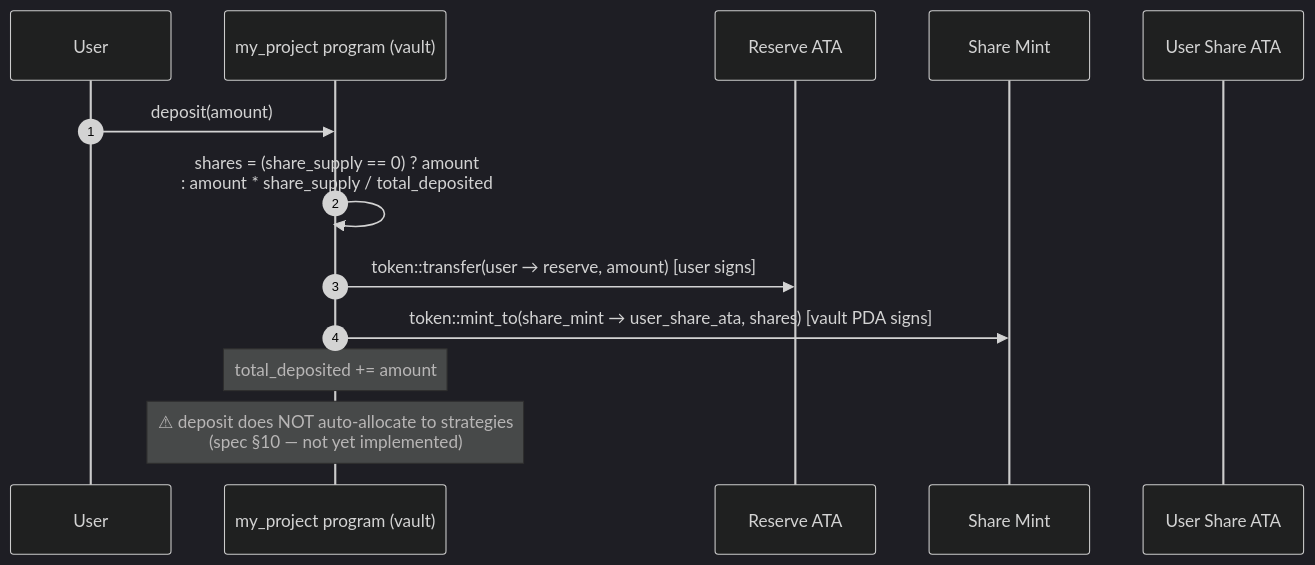
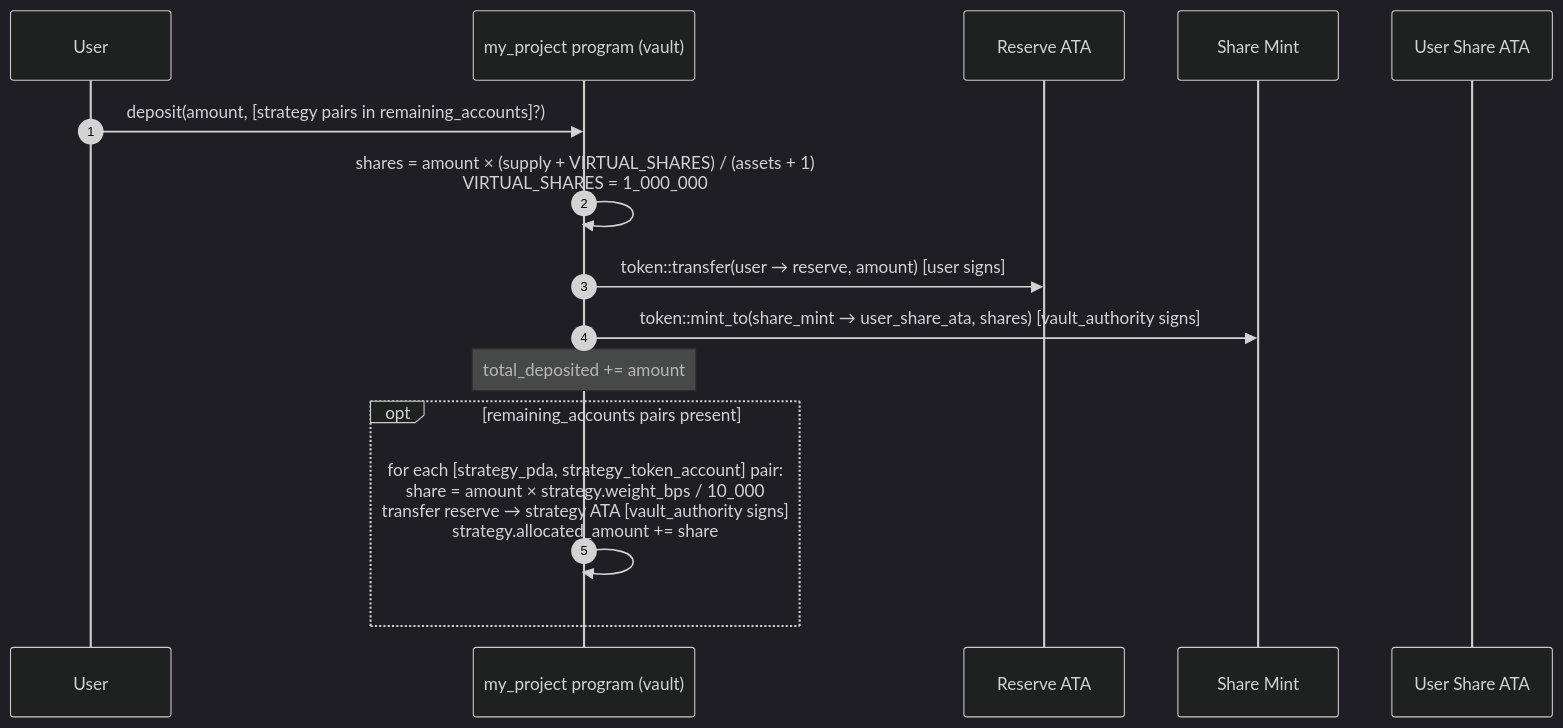
The fourth of 8 diagrams in docs/OVERVIEW.md (Erebor-Vault/erebor-solana), drawn with Mermaid (dark theme) before and after one commit. The commit also changed other lines of this file and 52 other files, not shown here.

````diff
--- a/docs/OVERVIEW.md
+++ b/docs/OVERVIEW.md
@@ -224,16 +228,18 @@
 ```mermaid
 sequenceDiagram
     autonumber
     participant U as User
     participant V as my_project program (vault)
     participant R as Reserve ATA
     participant S as Share Mint
     participant USR as User Share ATA
 
-    U->>V: deposit(amount)
-    V->>V: shares = (share_supply == 0) ? amount<br/>: amount * share_supply / total_deposited
+    U->>V: deposit(amount, [strategy pairs in remaining_accounts]?)
+    V->>V: shares = amount × (supply + VIRTUAL_SHARES) / (assets + 1)<br/>VIRTUAL_SHARES = 1_000_000
     V->>R: token::transfer(user → reserve, amount) [user signs]
-    V->>S: token::mint_to(share_mint → user_share_ata, shares) [vault PDA signs]
+    V->>S: token::mint_to(share_mint → user_share_ata, shares) [vault_authority signs]
     Note over V: total_deposited += amount
-    Note over V: ⚠ deposit does NOT auto-allocate to strategies<br/>(spec §10 — not yet implemented)
+    opt remaining_accounts pairs present
+        V->>V: for each [strategy_pda, strategy_token_account] pair:<br/>share = amount × strategy.weight_bps / 10_000<br/>transfer reserve → strategy ATA [vault_authority signs]<br/>strategy.allocated_amount += share
+    end
 ```
````
